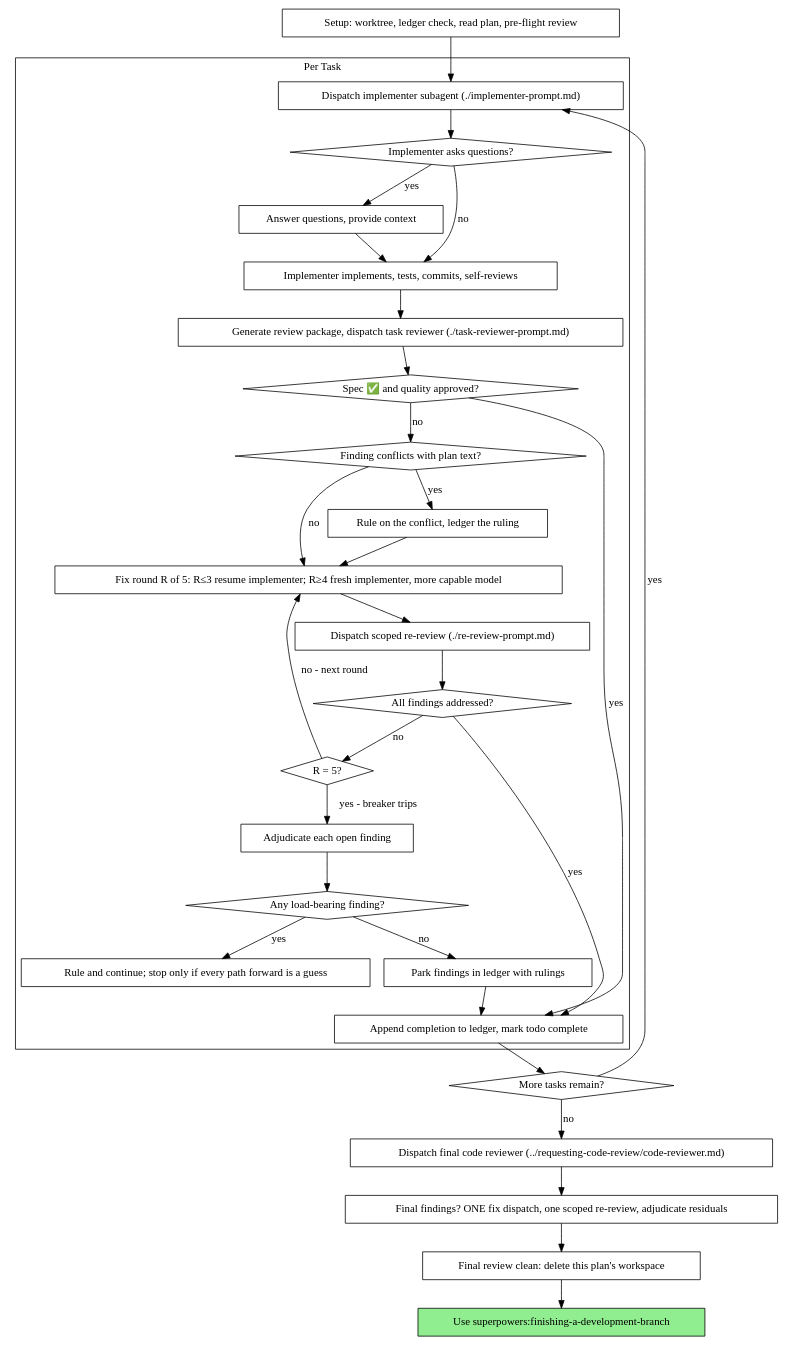
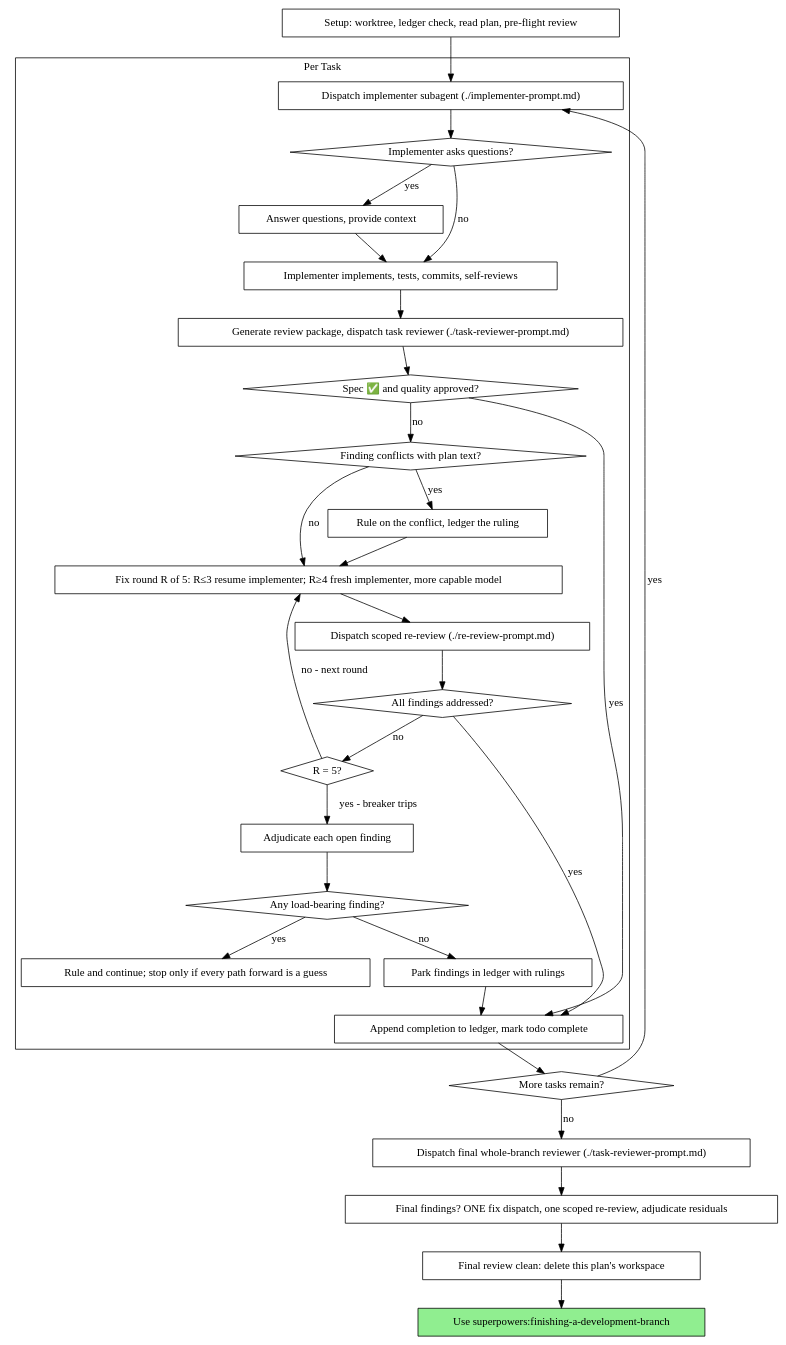
Before and after one commit to IlayGilat/StoryBook-Test: the second of 2 diagrams in .agents/skills/subagent-driven-development/SKILL.md, drawn with Graphviz. The commit also changed other lines of this file and 17 other files, not shown here.

Commit message:
docs: fix final agent verification findings

````diff
--- a/.agents/skills/subagent-driven-development/SKILL.md
+++ b/.agents/skills/subagent-driven-development/SKILL.md
@@ -61,62 +61,62 @@
 ```dot
 digraph process {
     rankdir=TB;
 
     subgraph cluster_per_task {
         label="Per Task";
         "Dispatch implementer subagent (./implementer-prompt.md)" [shape=box];
         "Implementer asks questions?" [shape=diamond];
         "Answer questions, provide context" [shape=box];
         "Implementer implements, tests, commits, self-reviews" [shape=box];
         "Generate review package, dispatch task reviewer (./task-reviewer-prompt.md)" [shape=box];
         "Spec ✅ and quality approved?" [shape=diamond];
         "Finding conflicts with plan text?" [shape=diamond];
         "Rule on the conflict, ledger the ruling" [shape=box];
         "Fix round R of 5: R≤3 resume implementer; R≥4 fresh implementer, more capable model" [shape=box];
         "Dispatch scoped re-review (./re-review-prompt.md)" [shape=box];
         "All findings addressed?" [shape=diamond];
         "R = 5?" [shape=diamond];
         "Adjudicate each open finding" [shape=box];
         "Any load-bearing finding?" [shape=diamond];
         "Rule and continue; stop only if every path forward is a guess" [shape=box];
         "Park findings in ledger with rulings" [shape=box];
         "Append completion to ledger, mark todo complete" [shape=box];
     }
 
     "Setup: worktree, ledger check, read plan, pre-flight review" [shape=box];
     "More tasks remain?" [shape=diamond];
-    "Dispatch final code reviewer (../requesting-code-review/code-reviewer.md)" [shape=box];
+    "Dispatch final whole-branch reviewer (./task-reviewer-prompt.md)" [shape=box];
     "Final findings? ONE fix dispatch, one scoped re-review, adjudicate residuals" [shape=box];
     "Final review clean: delete this plan's workspace" [shape=box];
     "Use superpowers:finishing-a-development-branch" [shape=box style=filled fillcolor=lightgreen];
 
     "Setup: worktree, ledger check, read plan, pre-flight review" -> "Dispatch implementer subagent (./implementer-prompt.md)";
     "Dispatch implementer subagent (./implementer-prompt.md)" -> "Implementer asks questions?";
     "Implementer asks questions?" -> "Answer questions, provide context" [label="yes"];
     "Answer questions, provide context" -> "Implementer implements, tests, commits, self-reviews";
     "Implementer asks questions?" -> "Implementer implements, tests, commits, self-reviews" [label="no"];
     "Implementer implements, tests, commits, self-reviews" -> "Generate review package, dispatch task reviewer (./task-reviewer-prompt.md)";
     "Generate review package, dispatch task reviewer (./task-reviewer-prompt.md)" -> "Spec ✅ and quality approved?";
     "Spec ✅ and quality approved?" -> "Append completion to ledger, mark todo complete" [label="yes"];
     "Spec ✅ and quality approved?" -> "Finding conflicts with plan text?" [label="no"];
     "Finding conflicts with plan text?" -> "Rule on the conflict, ledger the ruling" [label="yes"];
     "Rule on the conflict, ledger the ruling" -> "Fix round R of 5: R≤3 resume implementer; R≥4 fresh implementer, more capable model";
     "Finding conflicts with plan text?" -> "Fix round R of 5: R≤3 resume implementer; R≥4 fresh implementer, more capable model" [label="no"];
     "Fix round R of 5: R≤3 resume implementer; R≥4 fresh implementer, more capable model" -> "Dispatch scoped re-review (./re-review-prompt.md)";
     "Dispatch scoped re-review (./re-review-prompt.md)" -> "All findings addressed?";
     "All findings addressed?" -> "Append completion to ledger, mark todo complete" [label="yes"];
     "All findings addressed?" -> "R = 5?" [label="no"];
     "R = 5?" -> "Fix round R of 5: R≤3 resume implementer; R≥4 fresh implementer, more capable model" [label="no - next round"];
     "R = 5?" -> "Adjudicate each open finding" [label="yes - breaker trips"];
     "Adjudicate each open finding" -> "Any load-bearing finding?";
     "Any load-bearing finding?" -> "Rule and continue; stop only if every path forward is a guess" [label="yes"];
     "Any load-bearing finding?" -> "Park findings in ledger with rulings" [label="no"];
     "Park findings in ledger with rulings" -> "Append completion to ledger, mark todo complete";
     "Append completion to ledger, mark todo complete" -> "More tasks remain?";
     "More tasks remain?" -> "Dispatch implementer subagent (./implementer-prompt.md)" [label="yes"];
-    "More tasks remain?" -> "Dispatch final code reviewer (../requesting-code-review/code-reviewer.md)" [label="no"];
-    "Dispatch final code reviewer (../requesting-code-review/code-reviewer.md)" -> "Final findings? ONE fix dispatch, one scoped re-review, adjudicate residuals";
+    "More tasks remain?" -> "Dispatch final whole-branch reviewer (./task-reviewer-prompt.md)" [label="no"];
+    "Dispatch final whole-branch reviewer (./task-reviewer-prompt.md)" -> "Final findings? ONE fix dispatch, one scoped re-review, adjudicate residuals";
     "Final findings? ONE fix dispatch, one scoped re-review, adjudicate residuals" -> "Final review clean: delete this plan's workspace";
     "Final review clean: delete this plan's workspace" -> "Use superpowers:finishing-a-development-branch";
 }
 ```
````
